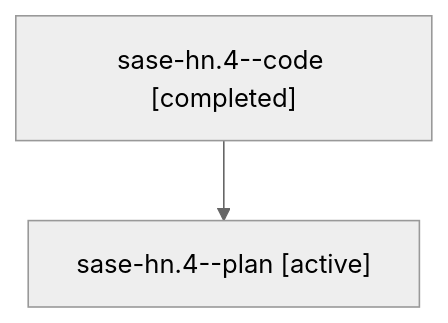
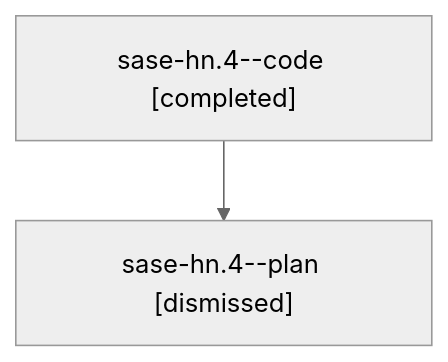
The diagram in sessions/bbugyi200.athena.sase-hn.4.md (sase-org/sase--agents), drawn with Mermaid (neutral theme) before and after one commit. The commit also changed other lines of this file and 100 other files, not shown here.

````diff
--- a/sessions/bbugyi200.athena.sase-hn.4.md
+++ b/sessions/bbugyi200.athena.sase-hn.4.md
@@ -9,6 +9,6 @@
 ```mermaid
 flowchart TD
   n0["sase-hn.4--code [completed]"]
-  n1["sase-hn.4--plan [active]"]
+  n1["sase-hn.4--plan [dismissed]"]
   n0 --> n1
 ```
````
